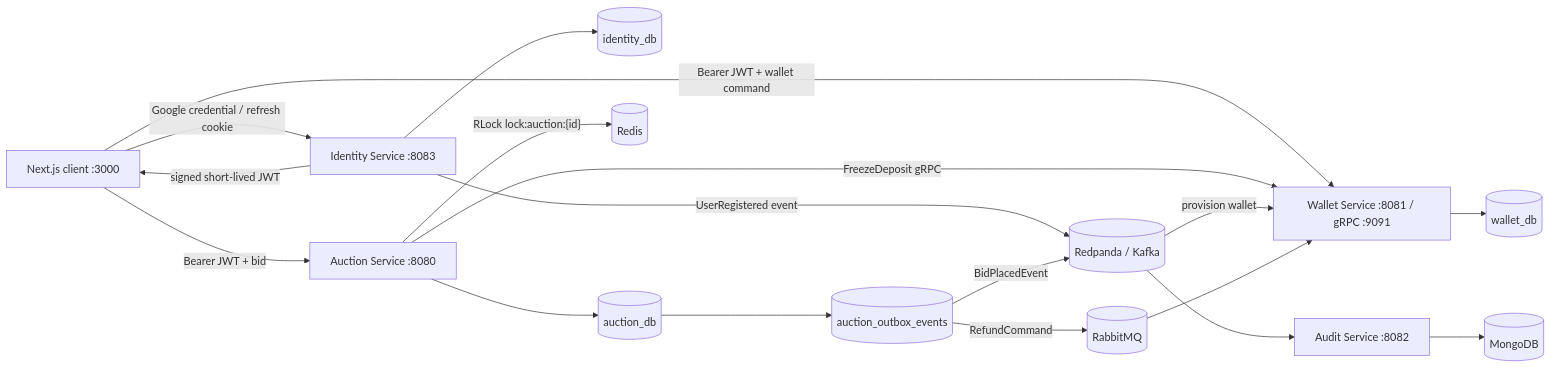
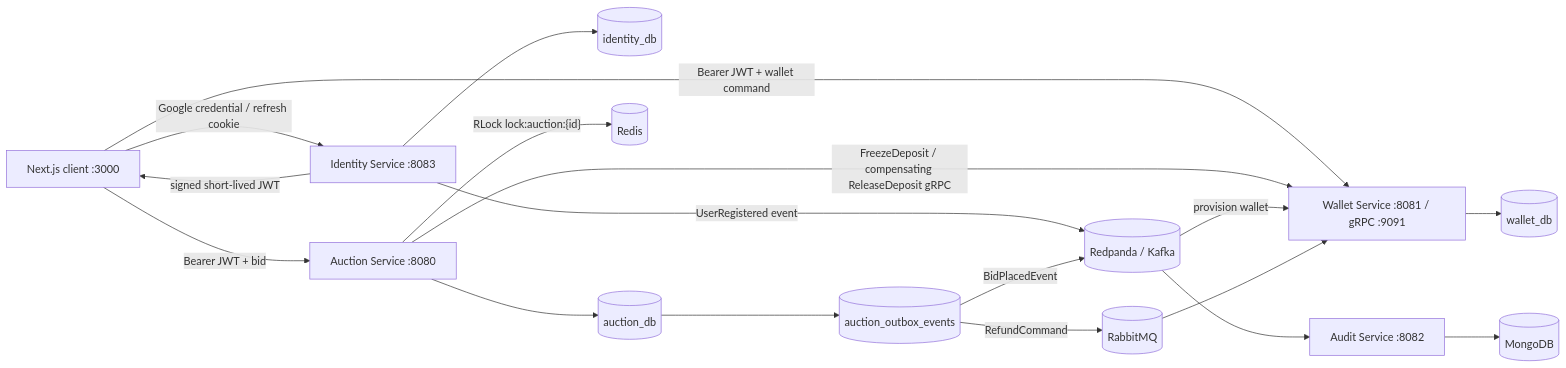
One commit to okuminhphen/omnibid changed the first of 3 diagrams in README.md. Above: the diagram before and after it, drawn with Mermaid. The commit also changed other lines of this file and 7 other files, not shown here.

Commit message:
docs: document clean architecture and compensation semantics

````diff
--- a/README.md
+++ b/README.md
@@ -35,34 +36,34 @@
 ```mermaid
 flowchart LR
     Browser["Next.js client :3000"]
     Identity["Identity Service :8083"]
     Auction["Auction Service :8080"]
     Wallet["Wallet Service :8081 / gRPC :9091"]
     Audit["Audit Service :8082"]
     IDDB[(identity_db)]
     ADB[(auction_db)]
     Outbox[(auction_outbox_events)]
     WDB[(wallet_db)]
     Redis[(Redis)]
     Kafka[(Redpanda / Kafka)]
     Rabbit[(RabbitMQ)]
     Mongo[(MongoDB)]
 
     Browser -->|"Google credential / refresh cookie"| Identity
     Identity --> IDDB
     Identity -->|"signed short-lived JWT"| Browser
     Identity -->|"UserRegistered event"| Kafka
     Browser -->|"Bearer JWT + bid"| Auction
     Browser -->|"Bearer JWT + wallet command"| Wallet
     Auction -->|"RLock lock:auction:{id}"| Redis
     Auction --> ADB
     ADB --> Outbox
-    Auction -->|"FreezeDeposit gRPC"| Wallet
+    Auction -->|"FreezeDeposit / compensating ReleaseDeposit gRPC"| Wallet
     Wallet --> WDB
     Kafka -->|"provision wallet"| Wallet
     Outbox -->|"BidPlacedEvent"| Kafka
     Kafka --> Audit
     Audit --> Mongo
     Outbox -->|"RefundCommand"| Rabbit
     Rabbit --> Wallet
 ```
````
